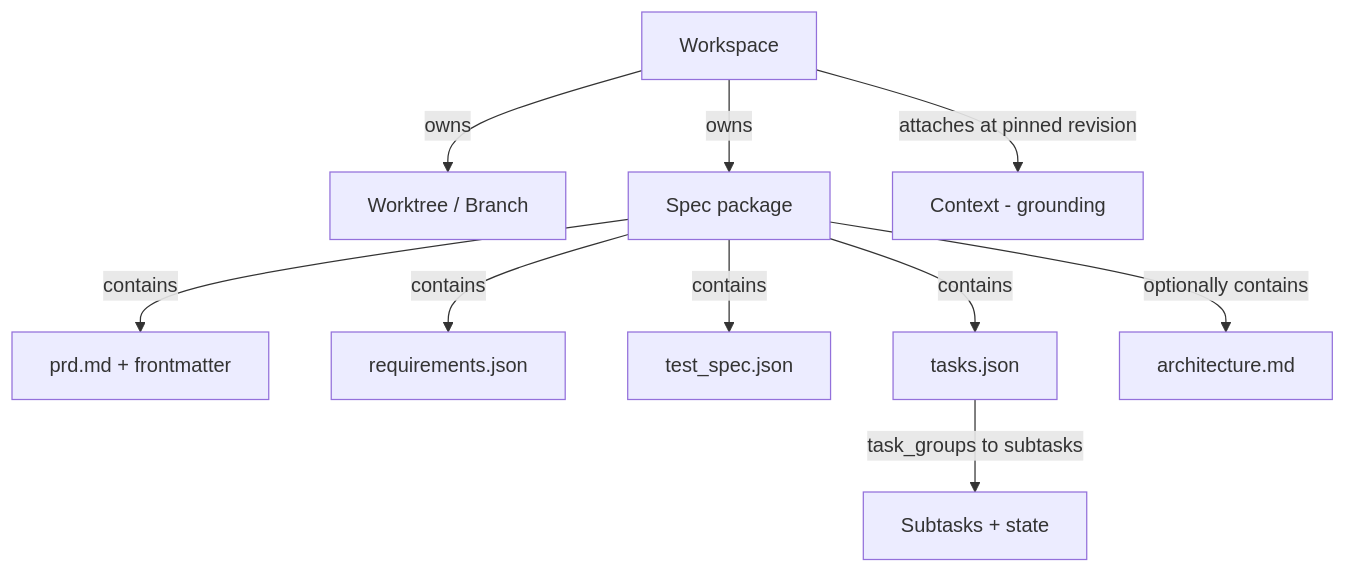
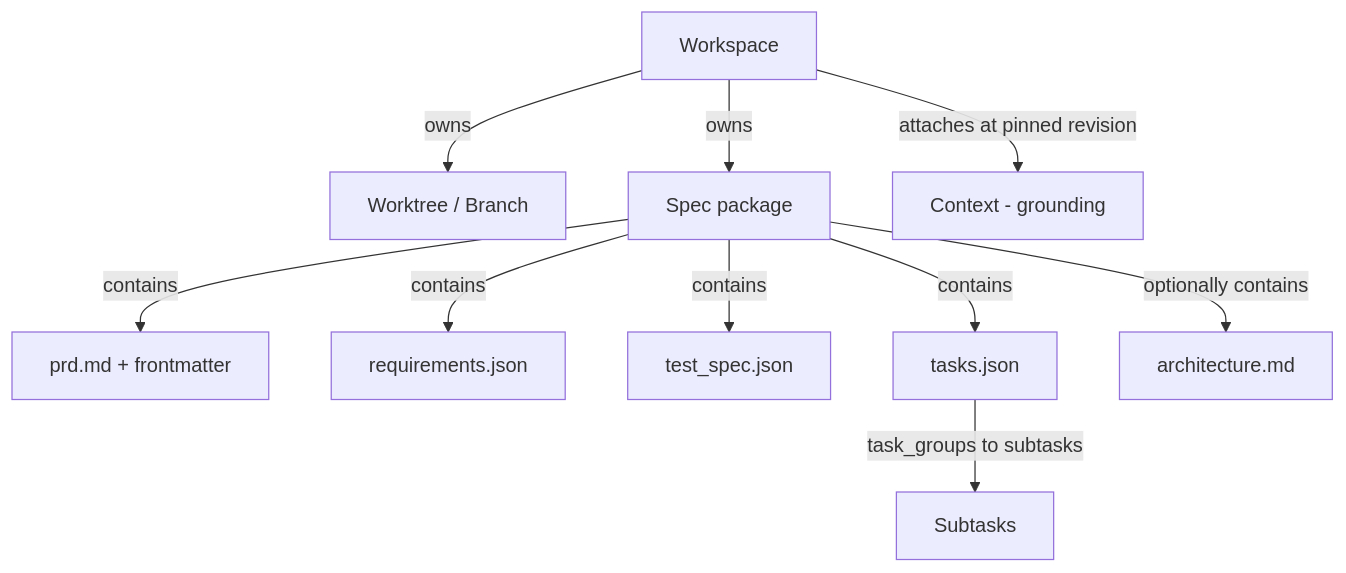
The first of 2 diagrams in docs/telos-prd-v4.md (agent-fox-dev/specs), drawn with Mermaid before and after one commit. The commit also changed other lines of this file, not shown here.

````diff
--- a/docs/telos-prd-v4.md
+++ b/docs/telos-prd-v4.md
@@ -66,12 +66,12 @@
 ```mermaid
 graph TD
     W[Workspace] -->|owns| WT[Worktree / Branch]
     W -->|owns| SP[Spec package]
     SP -->|contains| PRD[prd.md + frontmatter]
     SP -->|contains| REQ[requirements.json]
     SP -->|contains| TS[test_spec.json]
     SP -->|contains| TK[tasks.json]
     SP -->|optionally contains| ARCH[architecture.md]
-    TK -->|task_groups to subtasks| STK[Subtasks + state]
+    TK -->|task_groups to subtasks| STK[Subtasks]
     W -->|attaches at pinned revision| CTX[Context - grounding]
 ```
````
